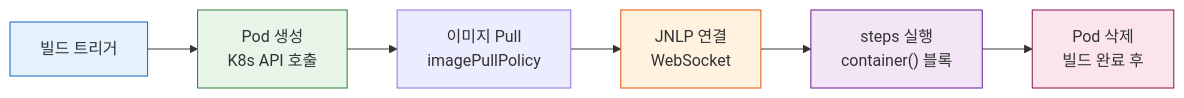
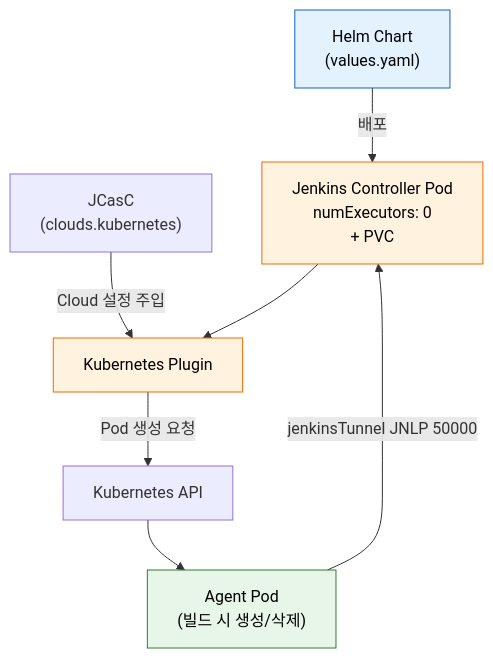
Before and after one commit to scofe97/StduyWrite: the second of 2 diagrams in write/07_devops/02_Jenkins/03_agent/02-01.Kubernetes Jenkins 구축.md, drawn with Mermaid. The commit also changed other lines of this file and 8 other files, not shown here.

First line of the commit message:
[StduyWrite] #time 4h refactor: 02_Jenkins/03_agent/ 9편 심층 개편 (Phase 3)

````diff
--- a/write/07_devops/02_Jenkins/03_agent/02-01.Kubernetes Jenkins 구축.md
+++ b/write/07_devops/02_Jenkins/03_agent/02-01.Kubernetes Jenkins 구축.md
@@ -135,17 +143,20 @@
 ```mermaid
-flowchart LR
-    TRIGGER["빌드 트리거"]
-    CREATE["Pod 생성<br/>K8s API 호출"]
-    PULL["이미지 Pull<br/>imagePullPolicy"]
-    JNLP["JNLP 연결<br/>WebSocket"]
-    STEPS["steps 실행<br/>container() 블록"]
-    DELETE["Pod 삭제<br/>빌드 완료 후"]
+flowchart TB
+    HELM["Helm Chart<br>(values.yaml)"]
+    CTRL["Jenkins Controller Pod<br>numExecutors: 0<br>+ PVC"]
+    JCASC["JCasC<br>(clouds.kubernetes)"]
+    KPLUGIN["Kubernetes Plugin"]
+    API["Kubernetes API"]
+    POD["Agent Pod<br>(빌드 시 생성/삭제)"]
 
-    TRIGGER --> CREATE --> PULL --> JNLP --> STEPS --> DELETE
+    HELM -->|"배포"| CTRL
+    JCASC -->|"Cloud 설정 주입"| KPLUGIN
+    CTRL --> KPLUGIN
+    KPLUGIN -->|"Pod 생성 요청"| API --> POD
+    POD -->|"jenkinsTunnel JNLP 50000"| CTRL
 
-    style TRIGGER fill:#e3f2fd,stroke:#1565c0,color:#333
-    style CREATE fill:#e8f5e9,stroke:#2e7d32,color:#333
-    style JNLP fill:#fff3e0,stroke:#e65100,color:#333
-    style STEPS fill:#f3e5f5,stroke:#6a1b9a,color:#333
-    style DELETE fill:#fce4ec,stroke:#880e4f,color:#333
+    style HELM fill:#e3f2fd,stroke:#1565c0,color:#000
+    style CTRL fill:#fff3e0,stroke:#ef6c00,color:#000
+    style KPLUGIN fill:#fff3e0,stroke:#ef6c00,color:#000
+    style POD fill:#e8f5e9,stroke:#2e7d32,color:#000
 ```
````
